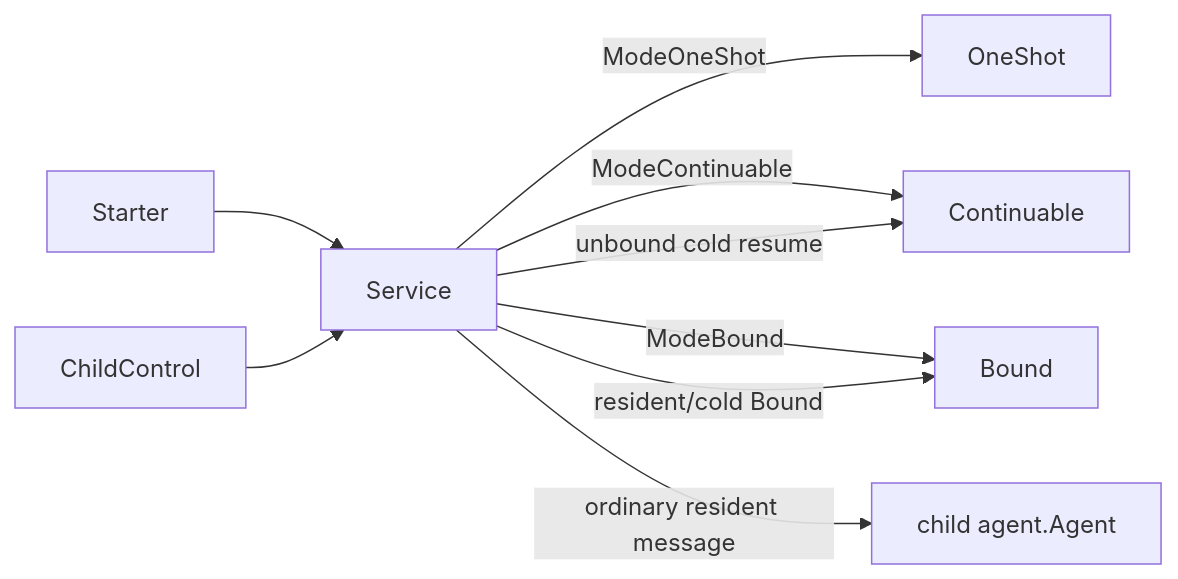
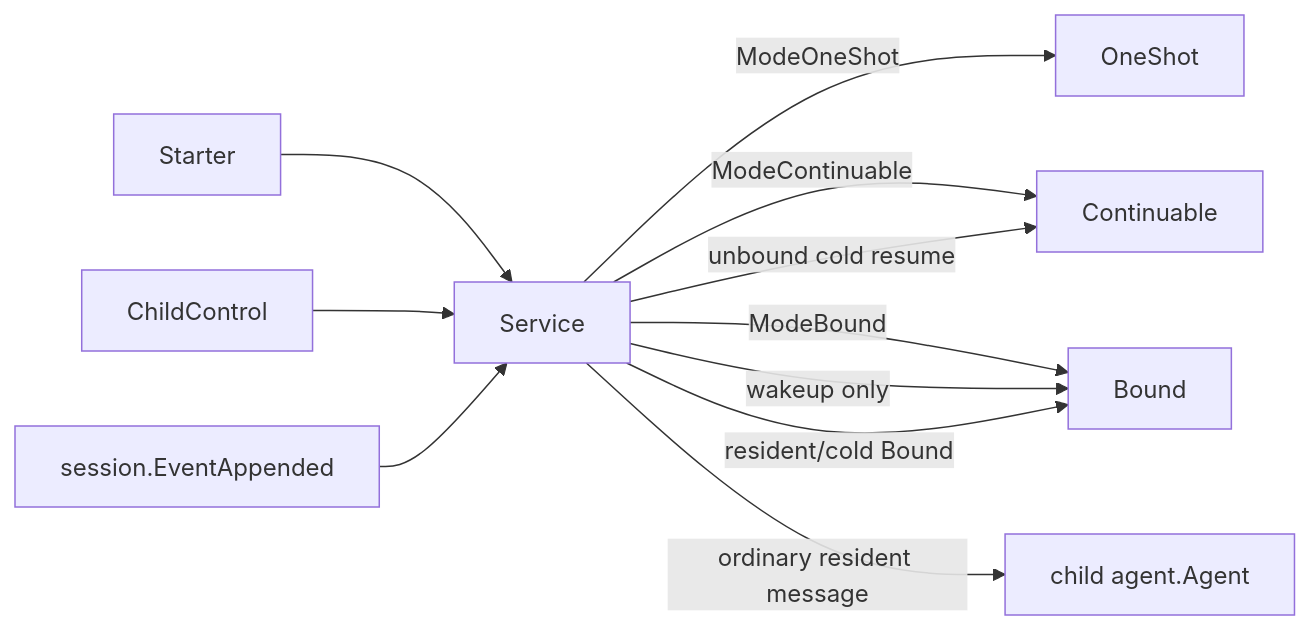
The diagram in subagent/internal/subagents/README.zh-CN.md (gorenx/goren), drawn with Mermaid before and after one commit. The commit also changed other lines of this file and 9 other files, not shown here.

````diff
--- a/subagent/internal/subagents/README.zh-CN.md
+++ b/subagent/internal/subagents/README.zh-CN.md
@@ -5,11 +5,13 @@
 ```mermaid
 flowchart LR
     Starter --> Service
     ChildControl --> Service
     Service -->|ModeOneShot| OneShot
     Service -->|ModeContinuable| Continuable
     Service -->|ModeBound| Bound
+    SessionEvent[session.EventAppended] --> Service
+    Service -->|wakeup only| Bound
     Service -->|ordinary resident message| ChildAgent[child agent.Agent]
     Service -->|resident/cold Bound| Bound
     Service -->|unbound cold resume| Continuable
 ```
````
